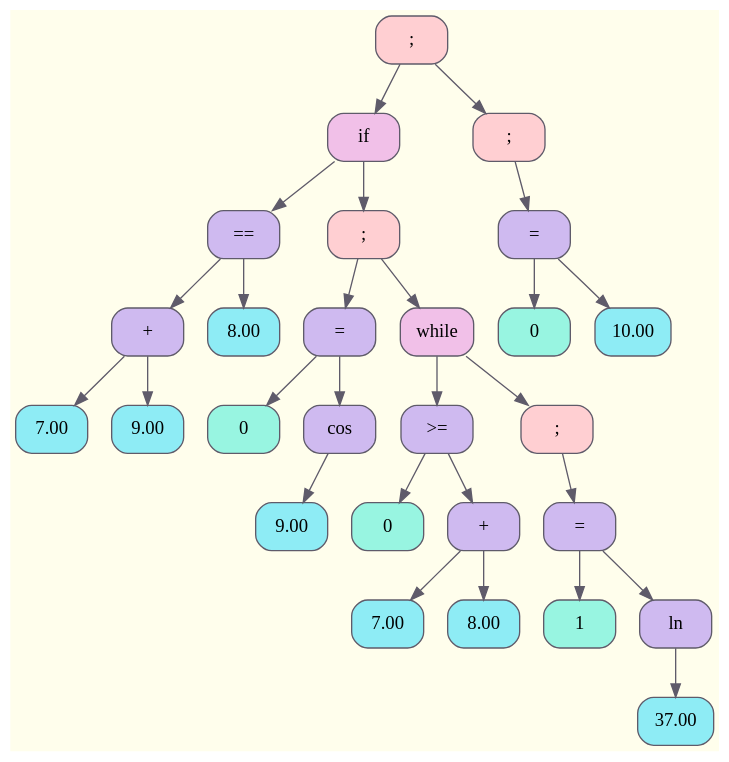
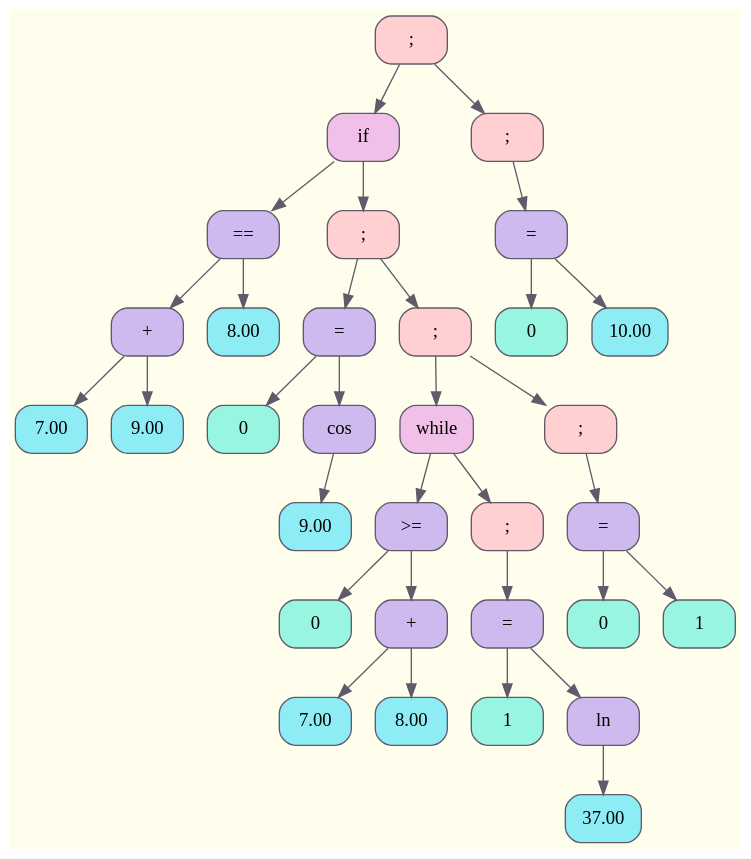
The diagram in frontend/debug/tree.dot (ksshkh/language), drawn with Graphviz before and after one commit. The commit also changed 4 other files, not shown here.

```diff
--- a/frontend/debug/tree.dot
+++ b/frontend/debug/tree.dot
@@ -1,59 +1,69 @@
 digraph Tree {
 	rankdir = TB;
 	node [shape = record];
 	edge [color = "#5F5B6A"];
 	bgcolor = "#FFFEEC";
-	node0x568df608c670 [color = "#5F5B6A", shape = Mrecord, style = filled, fillcolor = "#FFCFD2", label = "{;}"];
-		node0x568df608c670 -> node0x568df608c5e0
-	node0x568df608c5e0 [color = "#5F5B6A", shape = Mrecord, style = filled, fillcolor = "#F1C0E8", label = "{if}"];
-		node0x568df608c5e0 -> node0x568df608c400
-	node0x568df608c400 [color = "#5F5B6A", shape = Mrecord, style = filled, fillcolor = "#CFBAF0", label = "{==}"];
-		node0x568df608c400 -> node0x568df608c3d0
-	node0x568df608c3d0 [color = "#5F5B6A", shape = Mrecord, style = filled, fillcolor = "#CFBAF0", label = "{+}"];
-		node0x568df608c3d0 -> node0x568df608b8d0
-	node0x568df608b8d0 [color = "#5F5B6A", shape = Mrecord, style = filled, fillcolor = "#8EECF5", label = "{7.00}"];
-		node0x568df608c3d0 -> node0x568df608b930
-	node0x568df608b930 [color = "#5F5B6A", shape = Mrecord, style = filled, fillcolor = "#8EECF5", label = "{9.00}"];
-		node0x568df608c400 -> node0x568df608b990
-	node0x568df608b990 [color = "#5F5B6A", shape = Mrecord, style = filled, fillcolor = "#8EECF5", label = "{8.00}"];
-		node0x568df608c5e0 -> node0x568df608c5b0
-	node0x568df608c5b0 [color = "#5F5B6A", shape = Mrecord, style = filled, fillcolor = "#FFCFD2", label = "{;}"];
-		node0x568df608c5b0 -> node0x568df608c460
-	node0x568df608c460 [color = "#5F5B6A", shape = Mrecord, style = filled, fillcolor = "#CFBAF0", label = "{=}"];
-		node0x568df608c460 -> node0x568df608ba20
-	node0x568df608ba20 [color = "#5F5B6A", shape = Mrecord, style = filled, fillcolor = "#98F5E1", label = "{0}"];
-		node0x568df608c460 -> node0x568df608c430
-	node0x568df608c430 [color = "#5F5B6A", shape = Mrecord, style = filled, fillcolor = "#CFBAF0", label = "{cos}"];
-		node0x568df608c430 -> node0x568df608bae0
-	node0x568df608bae0 [color = "#5F5B6A", shape = Mrecord, style = filled, fillcolor = "#8EECF5", label = "{9.00}"];
-		node0x568df608c5b0 -> node0x568df608c580
-	node0x568df608c580 [color = "#5F5B6A", shape = Mrecord, style = filled, fillcolor = "#F1C0E8", label = "{while}"];
-		node0x568df608c580 -> node0x568df608c4c0
-	node0x568df608c4c0 [color = "#5F5B6A", shape = Mrecord, style = filled, fillcolor = "#CFBAF0", label = "{&gt;=}"];
-		node0x568df608c4c0 -> node0x568df608bbd0
-	node0x568df608bbd0 [color = "#5F5B6A", shape = Mrecord, style = filled, fillcolor = "#98F5E1", label = "{0}"];
-		node0x568df608c4c0 -> node0x568df608c490
-	node0x568df608c490 [color = "#5F5B6A", shape = Mrecord, style = filled, fillcolor = "#CFBAF0", label = "{+}"];
-		node0x568df608c490 -> node0x568df608bc30
-	node0x568df608bc30 [color = "#5F5B6A", shape = Mrecord, style = filled, fillcolor = "#8EECF5", label = "{7.00}"];
-		node0x568df608c490 -> node0x568df608bc90
-	node0x568df608bc90 [color = "#5F5B6A", shape = Mrecord, style = filled, fillcolor = "#8EECF5", label = "{8.00}"];
-		node0x568df608c580 -> node0x568df608c550
-	node0x568df608c550 [color = "#5F5B6A", shape = Mrecord, style = filled, fillcolor = "#FFCFD2", label = "{;}"];
-		node0x568df608c550 -> node0x568df608c520
-	node0x568df608c520 [color = "#5F5B6A", shape = Mrecord, style = filled, fillcolor = "#CFBAF0", label = "{=}"];
-		node0x568df608c520 -> node0x568df608bd20
-	node0x568df608bd20 [color = "#5F5B6A", shape = Mrecord, style = filled, fillcolor = "#98F5E1", label = "{1}"];
-		node0x568df608c520 -> node0x568df608c4f0
-	node0x568df608c4f0 [color = "#5F5B6A", shape = Mrecord, style = filled, fillcolor = "#CFBAF0", label = "{ln}"];
-		node0x568df608c4f0 -> node0x568df608bde0
-	node0x568df608bde0 [color = "#5F5B6A", shape = Mrecord, style = filled, fillcolor = "#8EECF5", label = "{37.00}"];
-		node0x568df608c670 -> node0x568df608c640
-	node0x568df608c640 [color = "#5F5B6A", shape = Mrecord, style = filled, fillcolor = "#FFCFD2", label = "{;}"];
-		node0x568df608c640 -> node0x568df608c610
-	node0x568df608c610 [color = "#5F5B6A", shape = Mrecord, style = filled, fillcolor = "#CFBAF0", label = "{=}"];
-		node0x568df608c610 -> node0x568df608bed0
-	node0x568df608bed0 [color = "#5F5B6A", shape = Mrecord, style = filled, fillcolor = "#98F5E1", label = "{0}"];
-		node0x568df608c610 -> node0x568df608bf30
-	node0x568df608bf30 [color = "#5F5B6A", shape = Mrecord, style = filled, fillcolor = "#8EECF5", label = "{10.00}"];
+	node0x610ec5f65820 [color = "#5F5B6A", shape = Mrecord, style = filled, fillcolor = "#FFCFD2", label = "{;}"];
+		node0x610ec5f65820 -> node0x610ec5f65790
+	node0x610ec5f65790 [color = "#5F5B6A", shape = Mrecord, style = filled, fillcolor = "#F1C0E8", label = "{if}"];
+		node0x610ec5f65790 -> node0x610ec5f65520
+	node0x610ec5f65520 [color = "#5F5B6A", shape = Mrecord, style = filled, fillcolor = "#CFBAF0", label = "{==}"];
+		node0x610ec5f65520 -> node0x610ec5f654f0
+	node0x610ec5f654f0 [color = "#5F5B6A", shape = Mrecord, style = filled, fillcolor = "#CFBAF0", label = "{+}"];
+		node0x610ec5f654f0 -> node0x610ec5f64930
+	node0x610ec5f64930 [color = "#5F5B6A", shape = Mrecord, style = filled, fillcolor = "#8EECF5", label = "{7.00}"];
+		node0x610ec5f654f0 -> node0x610ec5f64990
+	node0x610ec5f64990 [color = "#5F5B6A", shape = Mrecord, style = filled, fillcolor = "#8EECF5", label = "{9.00}"];
+		node0x610ec5f65520 -> node0x610ec5f649f0
+	node0x610ec5f649f0 [color = "#5F5B6A", shape = Mrecord, style = filled, fillcolor = "#8EECF5", label = "{8.00}"];
+		node0x610ec5f65790 -> node0x610ec5f65760
+	node0x610ec5f65760 [color = "#5F5B6A", shape = Mrecord, style = filled, fillcolor = "#FFCFD2", label = "{;}"];
+		node0x610ec5f65760 -> node0x610ec5f65580
+	node0x610ec5f65580 [color = "#5F5B6A", shape = Mrecord, style = filled, fillcolor = "#CFBAF0", label = "{=}"];
+		node0x610ec5f65580 -> node0x610ec5f64a80
+	node0x610ec5f64a80 [color = "#5F5B6A", shape = Mrecord, style = filled, fillcolor = "#98F5E1", label = "{0}"];
+		node0x610ec5f65580 -> node0x610ec5f65550
+	node0x610ec5f65550 [color = "#5F5B6A", shape = Mrecord, style = filled, fillcolor = "#CFBAF0", label = "{cos}"];
+		node0x610ec5f65550 -> node0x610ec5f64b40
+	node0x610ec5f64b40 [color = "#5F5B6A", shape = Mrecord, style = filled, fillcolor = "#8EECF5", label = "{9.00}"];
+		node0x610ec5f65760 -> node0x610ec5f65730
+	node0x610ec5f65730 [color = "#5F5B6A", shape = Mrecord, style = filled, fillcolor = "#FFCFD2", label = "{;}"];
+		node0x610ec5f65730 -> node0x610ec5f656a0
+	node0x610ec5f656a0 [color = "#5F5B6A", shape = Mrecord, style = filled, fillcolor = "#F1C0E8", label = "{while}"];
+		node0x610ec5f656a0 -> node0x610ec5f655e0
+	node0x610ec5f655e0 [color = "#5F5B6A", shape = Mrecord, style = filled, fillcolor = "#CFBAF0", label = "{&gt;=}"];
+		node0x610ec5f655e0 -> node0x610ec5f64c30
+	node0x610ec5f64c30 [color = "#5F5B6A", shape = Mrecord, style = filled, fillcolor = "#98F5E1", label = "{0}"];
+		node0x610ec5f655e0 -> node0x610ec5f655b0
+	node0x610ec5f655b0 [color = "#5F5B6A", shape = Mrecord, style = filled, fillcolor = "#CFBAF0", label = "{+}"];
+		node0x610ec5f655b0 -> node0x610ec5f64c90
+	node0x610ec5f64c90 [color = "#5F5B6A", shape = Mrecord, style = filled, fillcolor = "#8EECF5", label = "{7.00}"];
+		node0x610ec5f655b0 -> node0x610ec5f64cf0
+	node0x610ec5f64cf0 [color = "#5F5B6A", shape = Mrecord, style = filled, fillcolor = "#8EECF5", label = "{8.00}"];
+		node0x610ec5f656a0 -> node0x610ec5f65670
+	node0x610ec5f65670 [color = "#5F5B6A", shape = Mrecord, style = filled, fillcolor = "#FFCFD2", label = "{;}"];
+		node0x610ec5f65670 -> node0x610ec5f65640
+	node0x610ec5f65640 [color = "#5F5B6A", shape = Mrecord, style = filled, fillcolor = "#CFBAF0", label = "{=}"];
+		node0x610ec5f65640 -> node0x610ec5f64d80
+	node0x610ec5f64d80 [color = "#5F5B6A", shape = Mrecord, style = filled, fillcolor = "#98F5E1", label = "{1}"];
+		node0x610ec5f65640 -> node0x610ec5f65610
+	node0x610ec5f65610 [color = "#5F5B6A", shape = Mrecord, style = filled, fillcolor = "#CFBAF0", label = "{ln}"];
+		node0x610ec5f65610 -> node0x610ec5f64e40
+	node0x610ec5f64e40 [color = "#5F5B6A", shape = Mrecord, style = filled, fillcolor = "#8EECF5", label = "{37.00}"];
+		node0x610ec5f65730 -> node0x610ec5f65700
+	node0x610ec5f65700 [color = "#5F5B6A", shape = Mrecord, style = filled, fillcolor = "#FFCFD2", label = "{;}"];
+		node0x610ec5f65700 -> node0x610ec5f656d0
+	node0x610ec5f656d0 [color = "#5F5B6A", shape = Mrecord, style = filled, fillcolor = "#CFBAF0", label = "{=}"];
+		node0x610ec5f656d0 -> node0x610ec5f64f00
+	node0x610ec5f64f00 [color = "#5F5B6A", shape = Mrecord, style = filled, fillcolor = "#98F5E1", label = "{0}"];
+		node0x610ec5f656d0 -> node0x610ec5f64f60
+	node0x610ec5f64f60 [color = "#5F5B6A", shape = Mrecord, style = filled, fillcolor = "#98F5E1", label = "{1}"];
+		node0x610ec5f65820 -> node0x610ec5f657f0
+	node0x610ec5f657f0 [color = "#5F5B6A", shape = Mrecord, style = filled, fillcolor = "#FFCFD2", label = "{;}"];
+		node0x610ec5f657f0 -> node0x610ec5f657c0
+	node0x610ec5f657c0 [color = "#5F5B6A", shape = Mrecord, style = filled, fillcolor = "#CFBAF0", label = "{=}"];
+		node0x610ec5f657c0 -> node0x610ec5f64ff0
+	node0x610ec5f64ff0 [color = "#5F5B6A", shape = Mrecord, style = filled, fillcolor = "#98F5E1", label = "{0}"];
+		node0x610ec5f657c0 -> node0x610ec5f65050
+	node0x610ec5f65050 [color = "#5F5B6A", shape = Mrecord, style = filled, fillcolor = "#8EECF5", label = "{10.00}"];
 }
```
